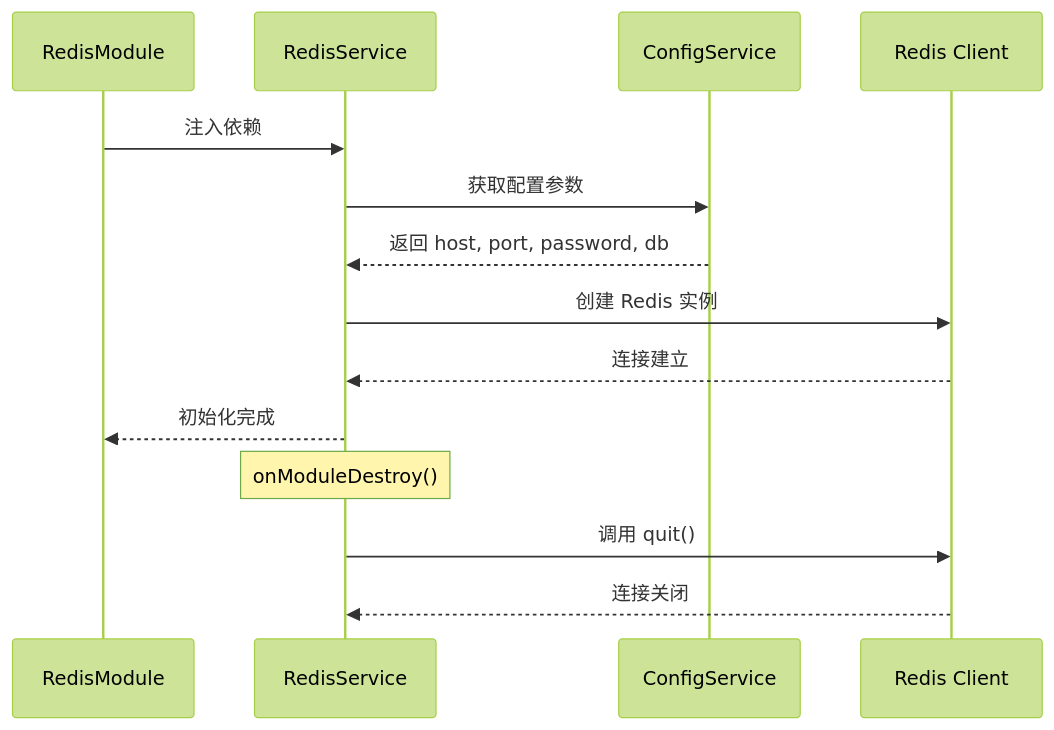
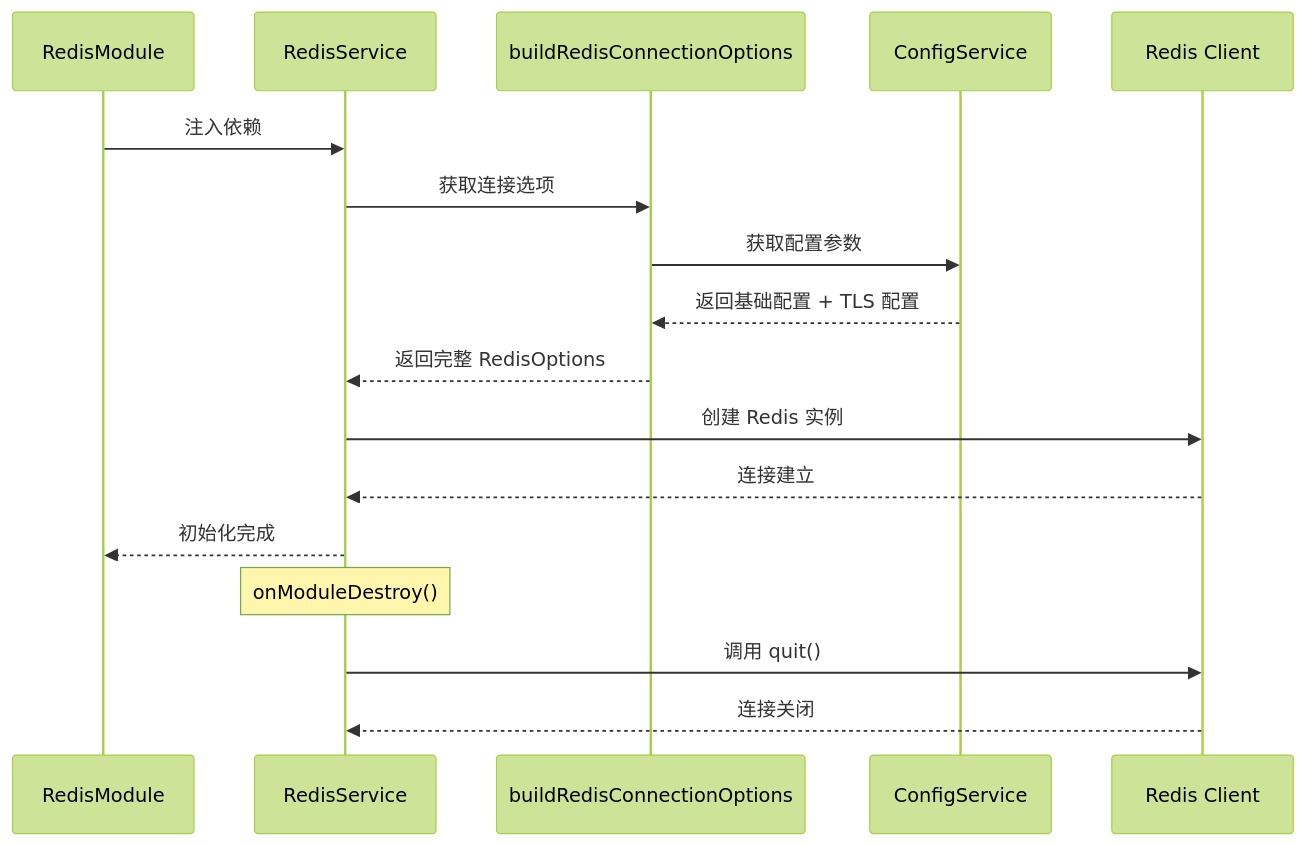
Before and after one commit to rc558620/purelyprofit-server: the fourth of 7 diagrams in .qoder/repowiki/zh/content/缓存系统/Redis 集成方案.md, drawn with Mermaid (forest theme). The commit also changed other lines of this file and 55 other files, not shown here.

````diff
--- a/.qoder/repowiki/zh/content/缓存系统/Redis 集成方案.md
+++ b/.qoder/repowiki/zh/content/缓存系统/Redis 集成方案.md
@@ -191,16 +264,19 @@
 ```mermaid
 sequenceDiagram
 participant Module as RedisModule
 participant Service as RedisService
+participant Utils as buildRedisConnectionOptions
 participant Config as ConfigService
 participant Redis as Redis Client
 Module->>Service : 注入依赖
-Service->>Config : 获取配置参数
-Config-->>Service : 返回 host, port, password, db
+Service->>Utils : 获取连接选项
+Utils->>Config : 获取配置参数
+Config-->>Utils : 返回基础配置 + TLS 配置
+Utils-->>Service : 返回完整 RedisOptions
 Service->>Redis : 创建 Redis 实例
 Redis-->>Service : 连接建立
 Service-->>Module : 初始化完成
 Note over Service : onModuleDestroy()
 Service->>Redis : 调用 quit()
 Redis-->>Service : 连接关闭
 ```
````
